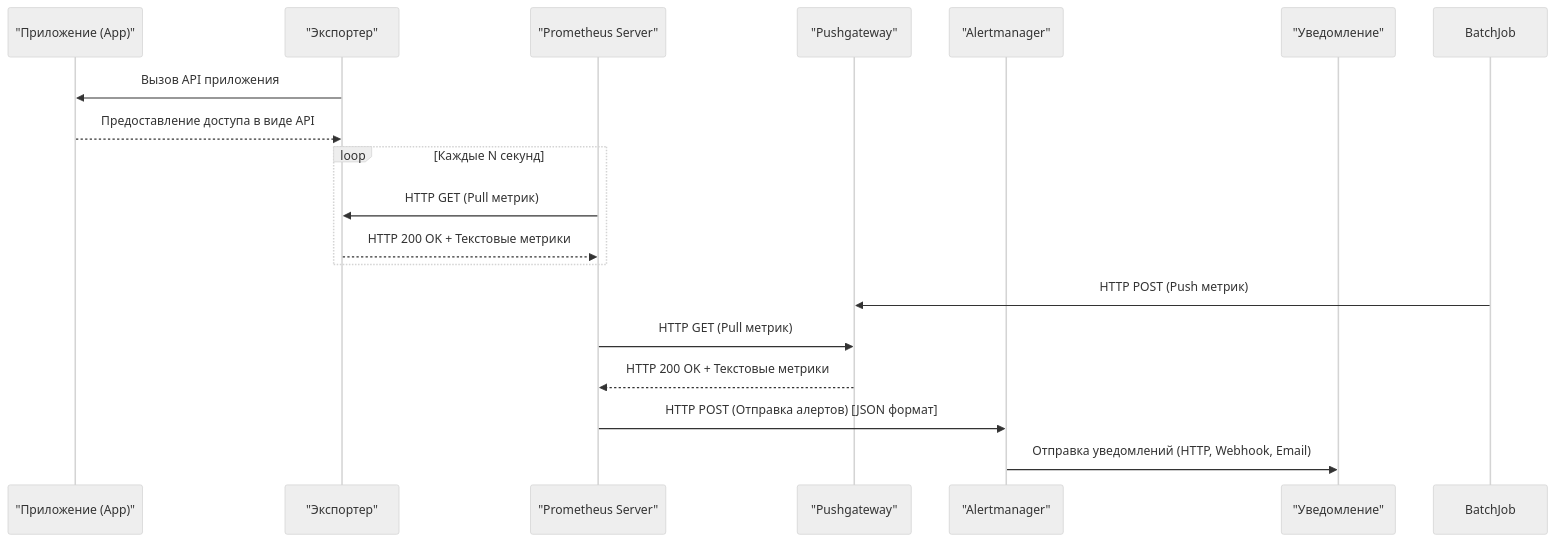
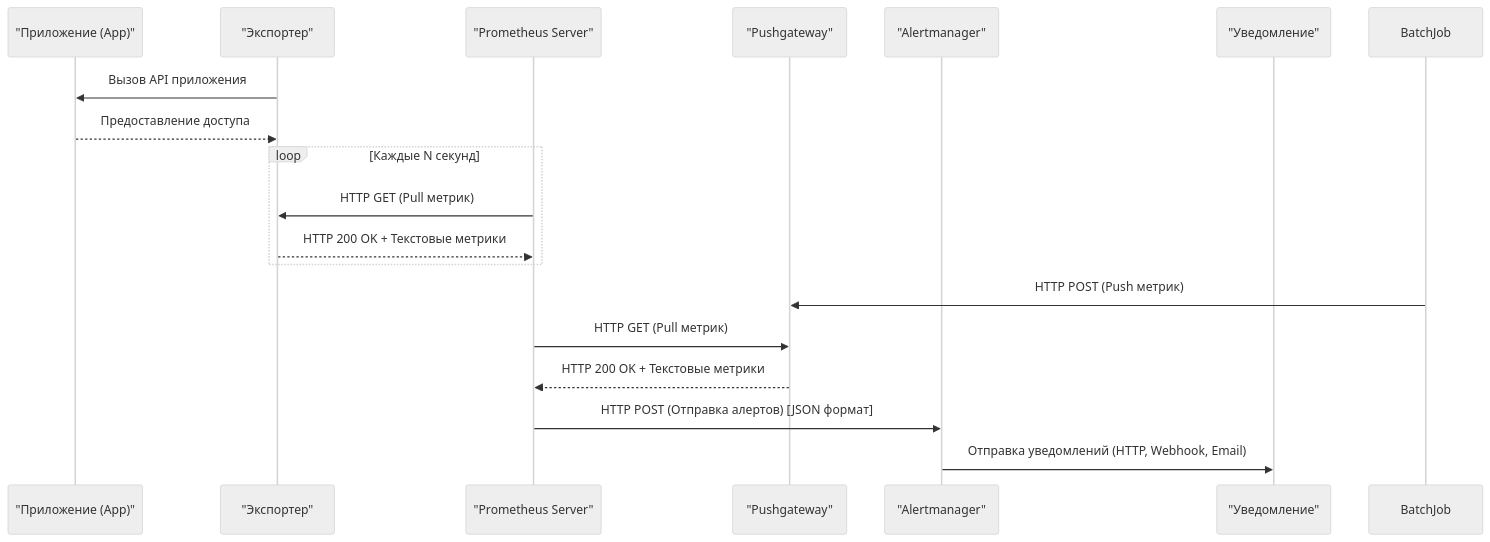
Before and after one commit to lamjob1993/linux-monitoring: the diagram in prometheus/beginning/1. Введение (Основы Prometheus).md, drawn with Mermaid (neutral theme).

Commit message:
Update 1. Введение (Основы Prometheus).md

````diff
--- a/prometheus/beginning/1. Введение (Основы Prometheus).md
+++ b/prometheus/beginning/1. Введение (Основы Prometheus).md
@@ -39,24 +39,24 @@
 ```mermaid
 sequenceDiagram
     participant App as "Приложение (App)"
     participant Exporter as "Экспортер"
     participant Prometheus as "Prometheus Server"
     participant Pushgateway as "Pushgateway"
     participant Alertmanager as "Alertmanager"
     participant Notification as "Уведомление"
 
     Exporter->>App: Вызов API приложения
-    App-->>Exporter: Предоставление доступа в виде API
+    App-->>Exporter: Предоставление доступа
 
     loop Каждые N секунд
         Prometheus->>Exporter: HTTP GET (Pull метрик)
         Exporter-->>Prometheus: HTTP 200 OK + Текстовые метрики
     end
 
     BatchJob->>Pushgateway: HTTP POST (Push метрик)
     Prometheus->>Pushgateway: HTTP GET (Pull метрик)
     Pushgateway-->>Prometheus: HTTP 200 OK + Текстовые метрики
 
     Prometheus->>Alertmanager: HTTP POST (Отправка алертов) [JSON формат]
     Alertmanager->>Notification: Отправка уведомлений (HTTP, Webhook, Email)
 ```
````
